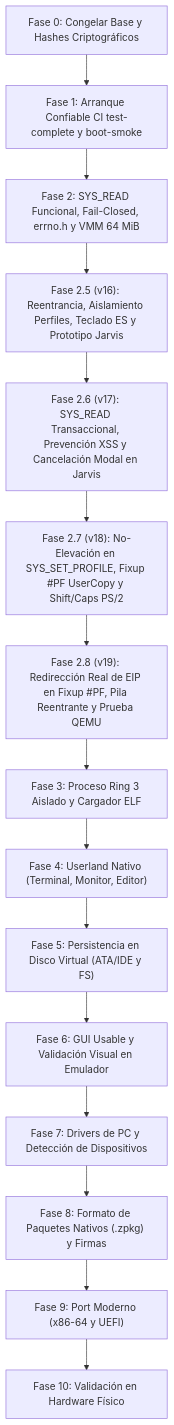
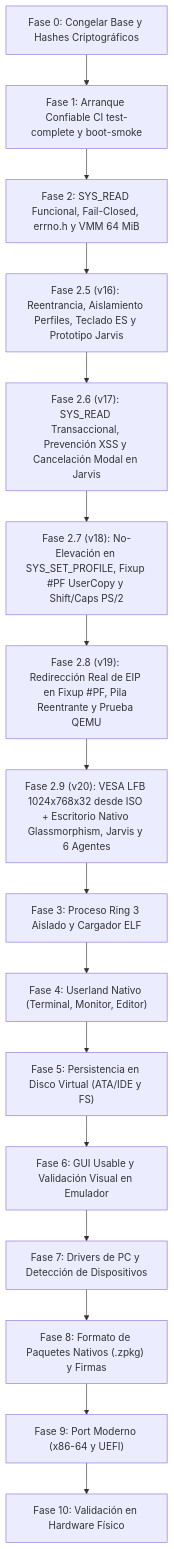
Before and after one commit to Camila-Ianni/Zenthra: the diagram in docs/ROADMAP.md, drawn with Mermaid. The commit also changed other lines of this file and 14 other files, not shown here.

Commit message:
feat(gui,boot): enable VESA LFB 1024x768x32 in Multiboot and integrate native Glassmorphism desktop, Jarvis and 6 Agents (v20, 505 tests)

````diff
--- a/docs/ROADMAP.md
+++ b/docs/ROADMAP.md
@@ -10,17 +10,18 @@
 ```mermaid
 flowchart TD
     F0["Fase 0: Congelar Base y Hashes Criptográficos"] --> F1["Fase 1: Arranque Confiable CI test-complete y boot-smoke"]
     F1 --> F2["Fase 2: SYS_READ Funcional, Fail-Closed, errno.h y VMM 64 MiB"]
     F2 --> F2B["Fase 2.5 (v16): Reentrancia, Aislamiento Perfiles, Teclado ES y Prototipo Jarvis"]
     F2B --> F2C["Fase 2.6 (v17): SYS_READ Transaccional, Prevención XSS y Cancelación Modal en Jarvis"]
     F2C --> F2D["Fase 2.7 (v18): No-Elevación en SYS_SET_PROFILE, Fixup #PF UserCopy y Shift/Caps PS/2"]
     F2D --> F2E["Fase 2.8 (v19): Redirección Real de EIP en Fixup #PF, Pila Reentrante y Prueba QEMU"]
-    F2E --> F3["Fase 3: Proceso Ring 3 Aislado y Cargador ELF"]
+    F2E --> F2F["Fase 2.9 (v20): VESA LFB 1024x768x32 desde ISO + Escritorio Nativo Glassmorphism, Jarvis y 6 Agentes"]
+    F2F --> F3["Fase 3: Proceso Ring 3 Aislado y Cargador ELF"]
     F3 --> F4["Fase 4: Userland Nativo (Terminal, Monitor, Editor)"]
     F4 --> F5["Fase 5: Persistencia en Disco Virtual (ATA/IDE y FS)"]
     F5 --> F6["Fase 6: GUI Usable y Validación Visual en Emulador"]
     F6 --> F7["Fase 7: Drivers de PC y Detección de Dispositivos"]
     F7 --> F8["Fase 8: Formato de Paquetes Nativos (.zpkg) y Firmas"]
     F8 --> F9["Fase 9: Port Moderno (x86-64 y UEFI)"]
     F9 --> F10["Fase 10: Validación en Hardware Físico"]
 ```
````
